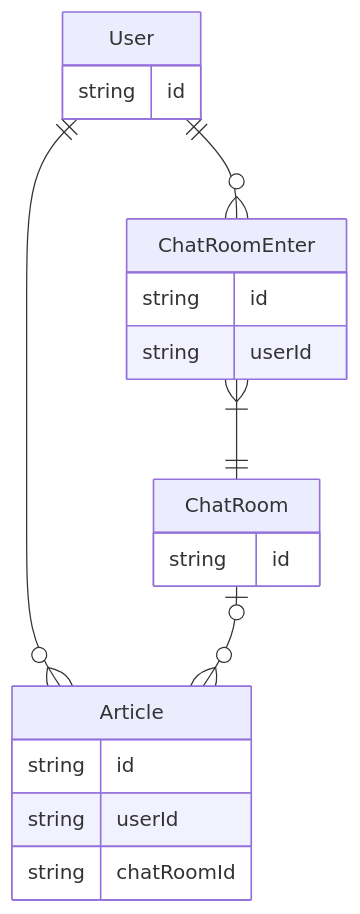
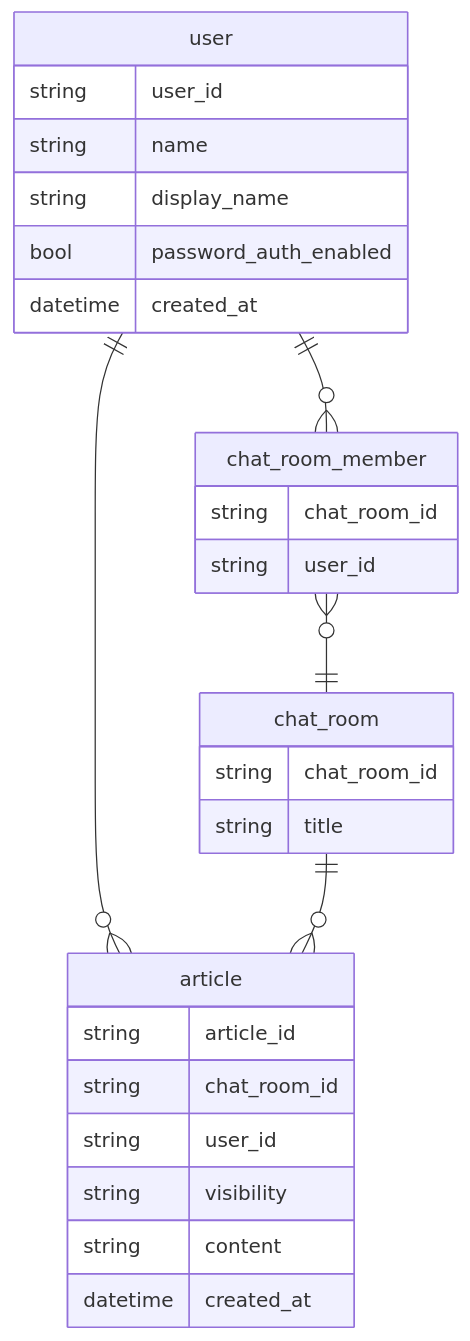
Before and after one commit to frost-community/frost: the eighth of 8 diagrams in backend/docs/db.md, drawn with Mermaid. The commit also changed other lines of this file, not shown here.

````diff
--- a/backend/docs/db.md
+++ b/backend/docs/db.md
@@ -172,28 +185,36 @@
 ```mermaid
 erDiagram
-  User {
-    string id
+  user {
+    string user_id
+    string name
+    string display_name
+    bool password_auth_enabled
+    datetime created_at
   }
 
-  User ||--o{ ChatRoomEnter : ""
+  user ||--o{ chat_room_member : ""
 
-  ChatRoomEnter {
-    string id
-    string userId
+  chat_room_member {
+    string chat_room_id
+    string user_id
   }
 
-  ChatRoomEnter }|--|| ChatRoom : ""
+  chat_room_member }o--|| chat_room : ""
 
-  ChatRoom {
-    string id
+  chat_room {
+    string chat_room_id
+    string title
   }
 
-  User ||--o{ Article : ""
-  ChatRoom |o--o{ Article : ""
+  user ||--o{ article : ""
+  chat_room ||--o{ article : ""
 
-  Article {
-    string id
-    string userId
-    string chatRoomId
+  article {
+    string article_id
+    string chat_room_id
+    string user_id
+    string visibility
+    string content
+    datetime created_at
   }
 ```
````
